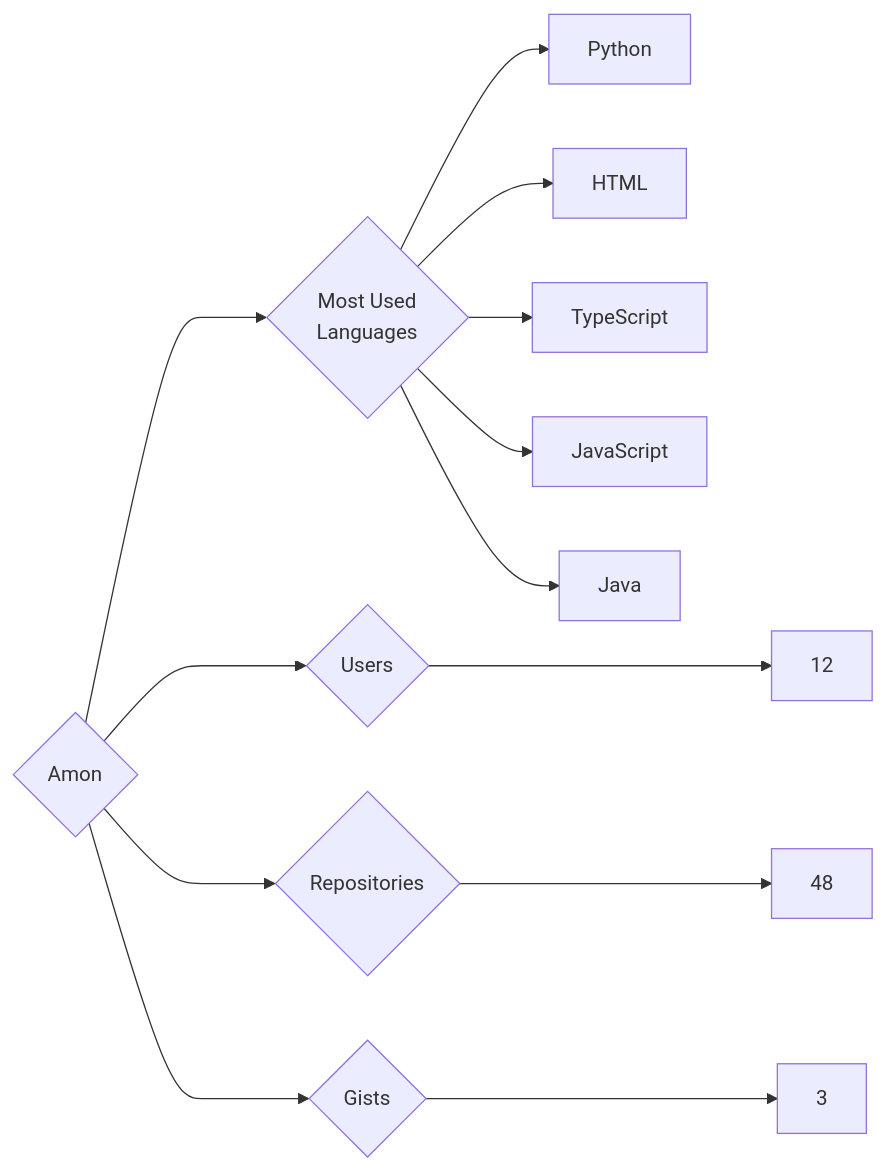
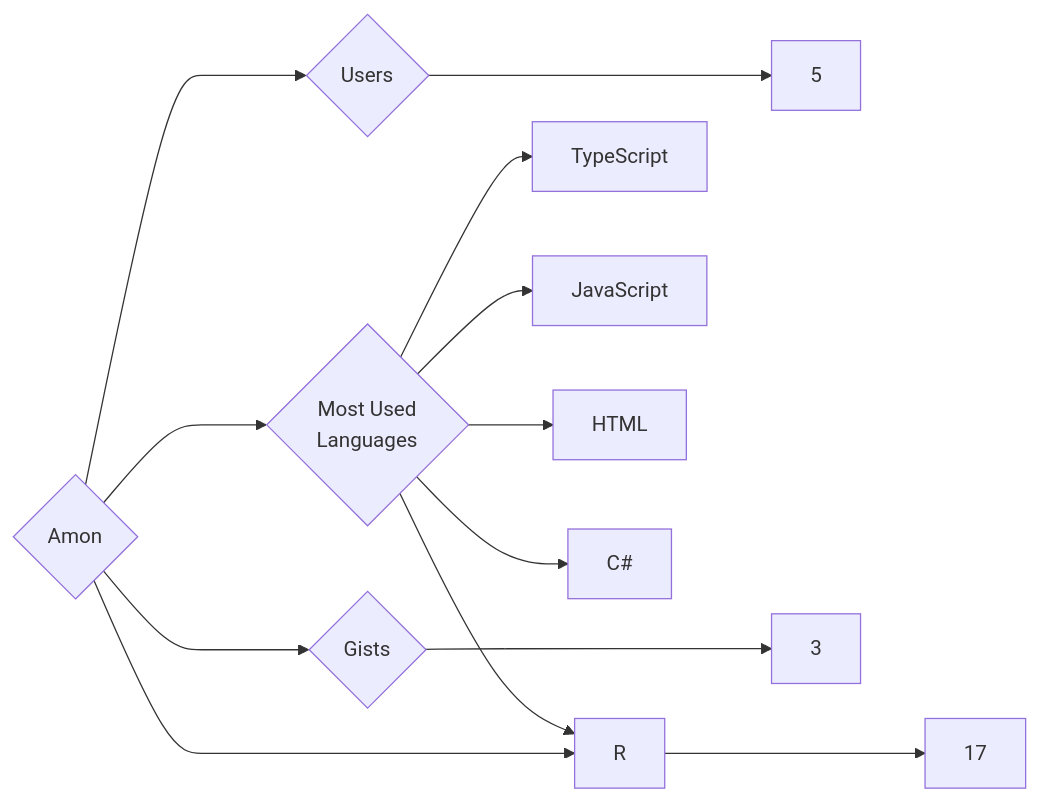
One commit to trickest/insiders changed the diagram in targets/Amon/README.md. Above: the diagram before and after it, drawn with Mermaid. The commit also changed 582 other files, not shown here.

````diff
--- a/targets/Amon/README.md
+++ b/targets/Amon/README.md
@@ -3,13 +3,13 @@
 ```mermaid
 graph LR
 COMPANY_NAME{Amon}
-COMPANY_NAME ---> U{Users} ---> UN[12]
-COMPANY_NAME ---> R{Repositories} ---> RN[48]
+COMPANY_NAME ---> U{Users} ---> UN[5]
+COMPANY_NAME ---> R{Repositories} ---> RN[17]
 COMPANY_NAME ---> G{Gists} ---> GN[3]
 COMPANY_NAME ---> ML{Most Used<br>Languages}
-ML --> Python[Python]
-ML --> HTML[HTML]
 ML --> TypeScript[TypeScript]
 ML --> JavaScript[JavaScript]
-ML --> Java[Java]
+ML --> HTML[HTML]
+ML --> C#[C#]
+ML --> R[R]
 ```
````
